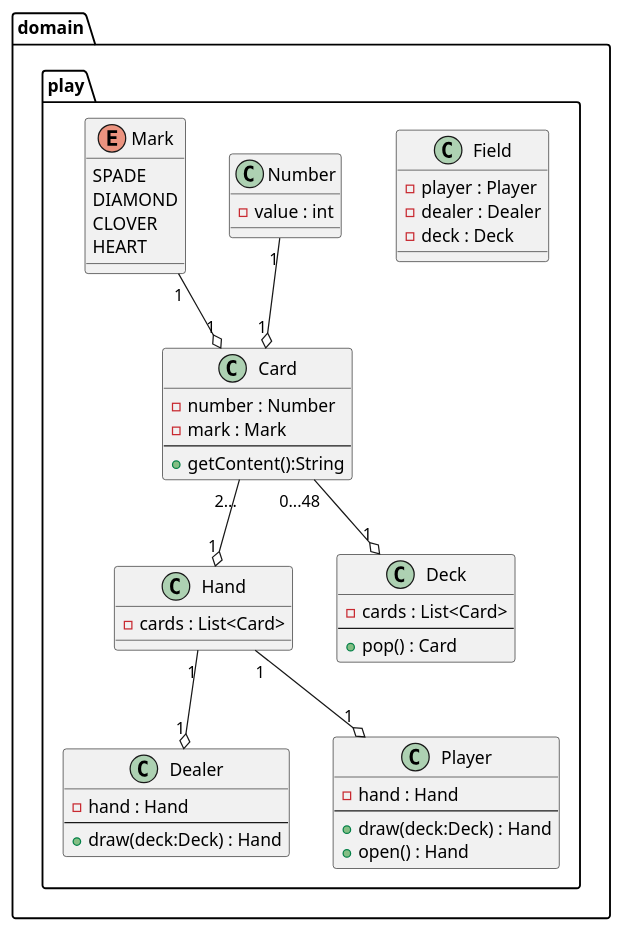
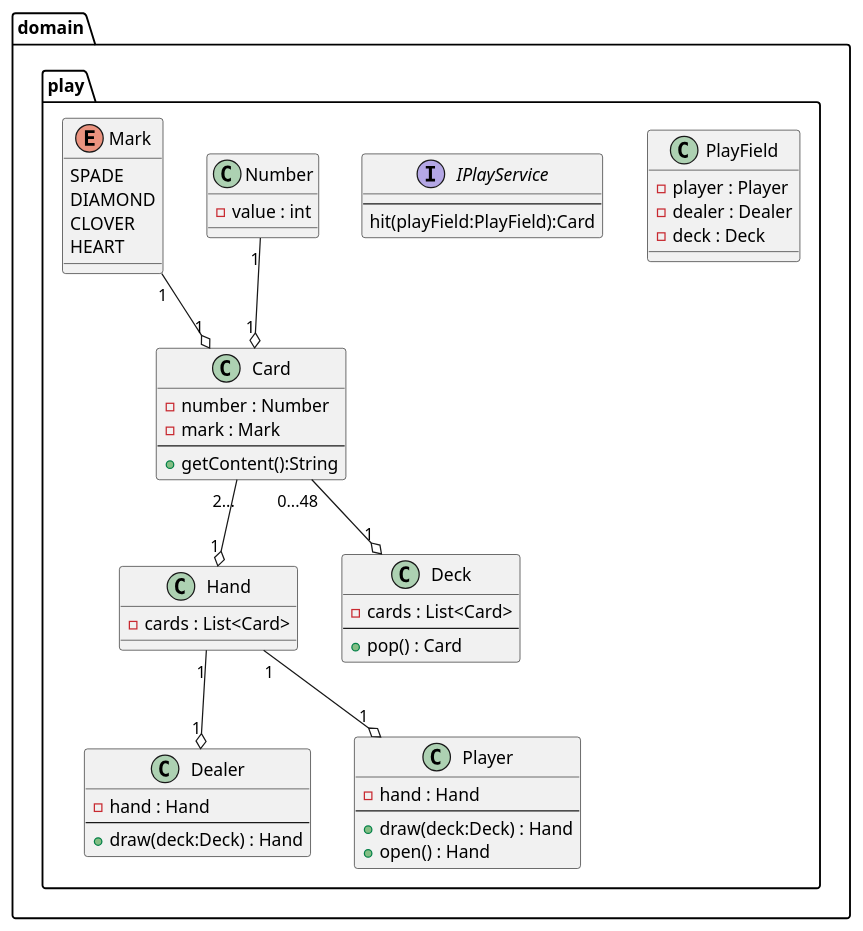
Before and after one commit to KazukiOtomo/sample: the diagram in lecture/src/uml/play-class.puml, drawn with PlantUML. The commit also changed 3 other files, not shown here.

Commit message:
[fix] クラス図の変更

```diff
--- a/lecture/src/uml/play-class.puml
+++ b/lecture/src/uml/play-class.puml
@@ -1,63 +1,68 @@
 @startuml
 'https://plantuml.com/sequence-diagram
 
 skinparam defaultFontName Cica
 
 package domain.play {
-    class Field{
+    class PlayField{
         -player : Player
         -dealer : Dealer
         -deck : Deck
     }
 
     class Dealer {
         -hand : Hand
         --
         +draw(deck:Deck) : Hand
     }
 
     class Player {
         -hand : Hand
         --
         +draw(deck:Deck) : Hand
         +open() : Hand
     }
 
     class Hand {
         -cards : List<Card>
     }
 
     class Card {
         -number : Number
         -mark : Mark
         --
         +getContent():String
     }
 
+    interface IPlayService {
+        --
+        hit(playField:PlayField):Card
+    }
+
     Hand "1" --o "1" Player
     Hand "1" --o "1" Dealer
     Card "2..." --o "1" Hand
 
     class Number {
         -value : int
     }
 
     enum Mark {
         SPADE
         DIAMOND
         CLOVER
         HEART
     }
 
     Mark "1" --o "1" Card
     Number "1" --o "1" Card
 
     class Deck {
         -cards : List<Card>
         --
         +pop() : Card
     }
 
     Card "0...48" --o "1" Deck
 }
 @enduml
```
